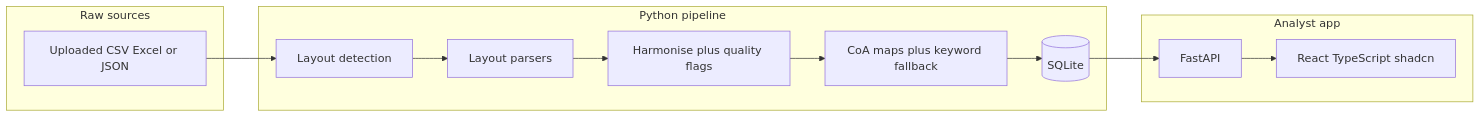
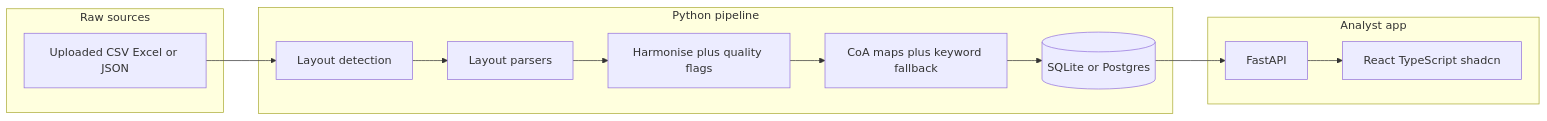
Before and after one commit to mikaelguillin/who-data-assessment: the diagram in docs/ARCHITECTURE.md, drawn with Mermaid. The commit also changed other lines of this file and 2 other files, not shown here.

````diff
--- a/docs/ARCHITECTURE.md
+++ b/docs/ARCHITECTURE.md
@@ -9,20 +9,20 @@
 ```mermaid
 flowchart LR
   subgraph sources [Raw sources]
     Upload[Uploaded CSV Excel or JSON]
   end
   subgraph pipeline [Python pipeline]
     Detect[Layout detection]
     Adapt[Layout parsers]
     Harm[Harmonise plus quality flags]
     Class[CoA maps plus keyword fallback]
-    DB[(SQLite)]
+    DB[(SQLite or Postgres)]
   end
   subgraph app [Analyst app]
     API[FastAPI]
     UI[React TypeScript shadcn]
   end
   Upload --> Detect --> Adapt
   Adapt --> Harm --> Class --> DB
   DB --> API --> UI
 ```
````
